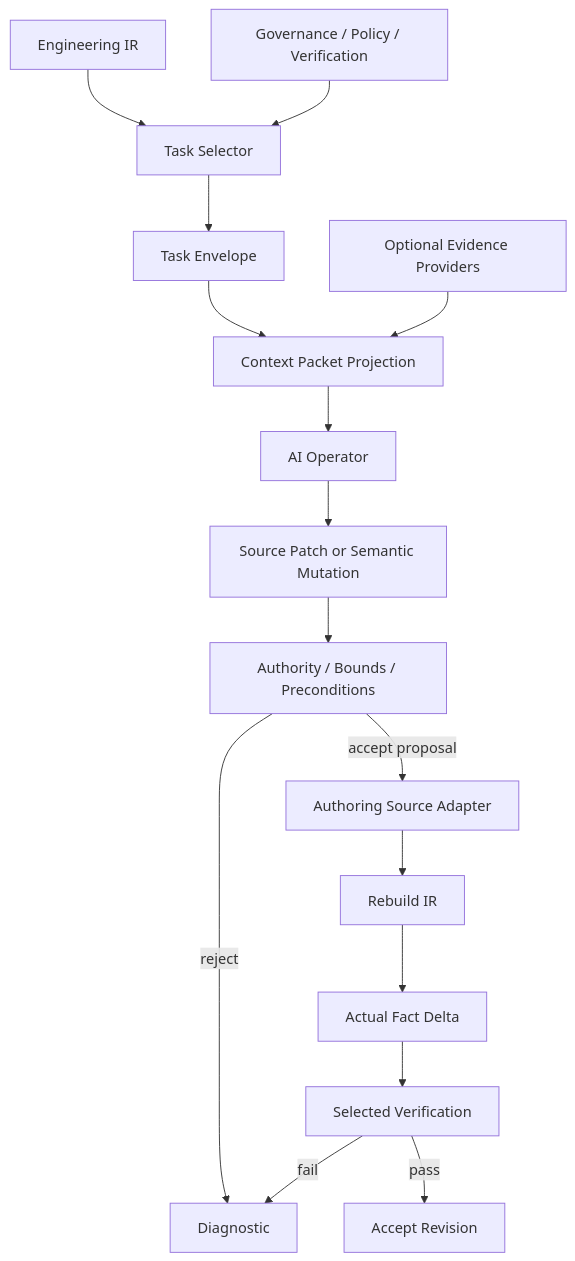
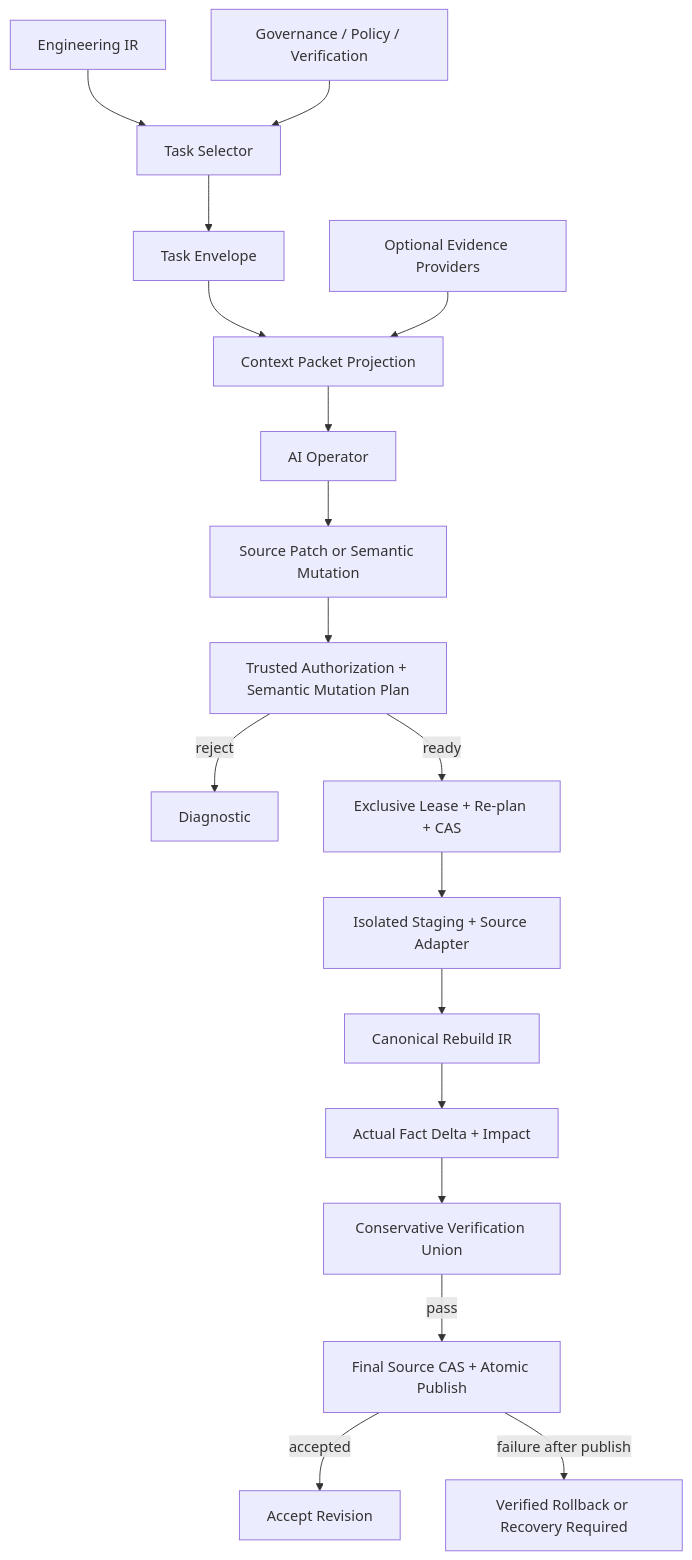
One commit to sec-platform/sec changed the third of 6 diagrams in docs/12-编译管道与行为流图示.md. Above: the diagram before and after it, drawn with Mermaid. The commit also changed other lines of this file and 6 other files, not shown here.

First line of the commit message:
docs: freeze Semantic Mutation v2 contract (#102)

````diff
--- a/docs/12-编译管道与行为流图示.md
+++ b/docs/12-编译管道与行为流图示.md
@@ -63,18 +63,20 @@
 ```mermaid
 flowchart TD
   IR[Engineering IR] --> TS[Task Selector]
   G[Governance / Policy / Verification] --> TS
   TS --> TE[Task Envelope]
   TE --> CTX[Context Packet Projection]
   EV[Optional Evidence Providers] --> CTX
   CTX --> AI[AI Operator]
   AI --> OUT[Source Patch or Semantic Mutation]
-  OUT --> VAL[Authority / Bounds / Preconditions]
+  OUT --> VAL[Trusted Authorization + Semantic Mutation Plan]
   VAL -->|reject| D[Diagnostic]
-  VAL -->|accept proposal| AS[Authoring Source Adapter]
-  AS --> RB[Rebuild IR]
-  RB --> FD[Actual Fact Delta]
-  FD --> VER[Selected Verification]
-  VER -->|pass| ACC[Accept Revision]
-  VER -->|fail| D
+  VAL -->|ready| APPLY[Exclusive Lease + Re-plan + CAS]
+  APPLY --> STG[Isolated Staging + Source Adapter]
+  STG --> RB[Canonical Rebuild IR]
+  RB --> FD[Actual Fact Delta + Impact]
+  FD --> VER[Conservative Verification Union]
+  VER -->|pass| CAS[Final Source CAS + Atomic Publish]
+  CAS -->|accepted| ACC[Accept Revision]
+  CAS -->|failure after publish| ROL[Verified Rollback or Recovery Required]
 ```
````
